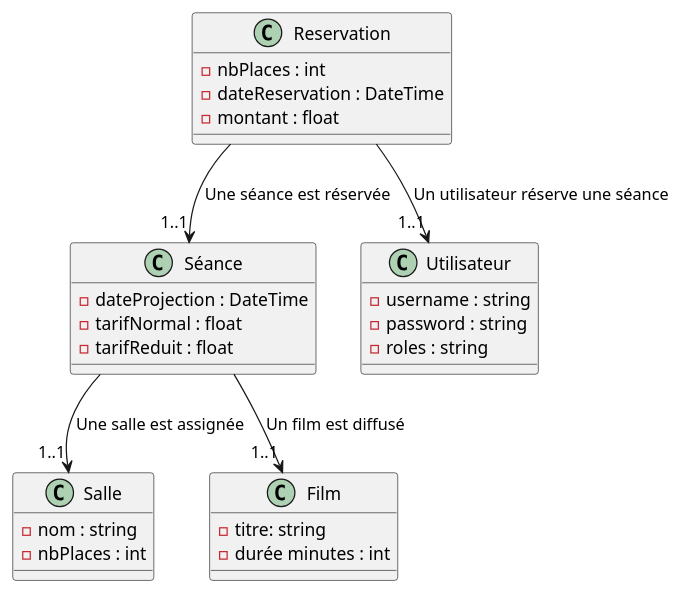
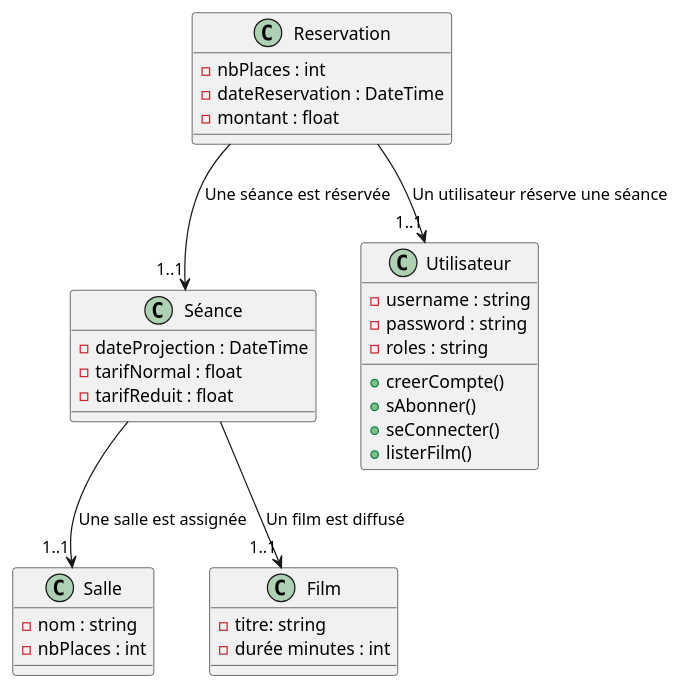
Before and after one commit to mutulus/api-bts-projet: the diagram in documentation/diagrammeClass.puml, drawn with PlantUML. The commit also changed 2 other files, not shown here.

```diff
--- a/documentation/diagrammeClass.puml
+++ b/documentation/diagrammeClass.puml
@@ -1,37 +1,41 @@
 @startuml
 'https://plantuml.com/sequence-diagram
 Class Salle{
    -nom : string
    -nbPlaces : int
 }
 Class Séance{
     -dateProjection : DateTime
     -tarifNormal : float
     -tarifReduit : float
 }
 Class Film{
     -titre: string
     -durée minutes : int
 }
 
 Class Utilisateur{
     -username : string
     -password : string
     -roles : string
+    +creerCompte()
+    +sAbonner()
+    +seConnecter()
+    +listerFilm()
 }
 
 Class Reservation{
     -nbPlaces : int
     -dateReservation : DateTime
     -montant : float
 }
 
 
 
 Reservation --> "1..1" Utilisateur : Un utilisateur réserve une séance
 Reservation --> "1..1" Séance : Une séance est réservée
 Séance  --> "1..1" Film : Un film est diffusé
 Séance --> "1..1" Salle : Une salle est assignée
 
 
 @enduml
```
